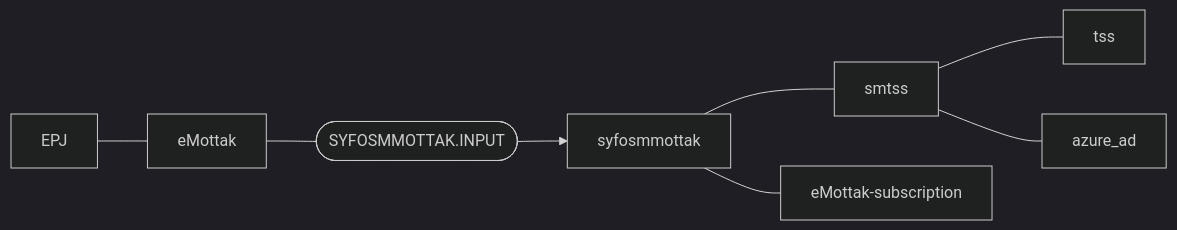
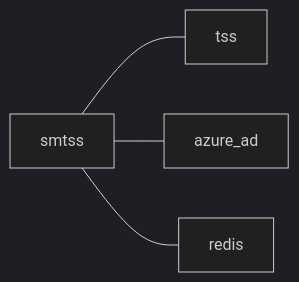
The diagram in README.md (navikt/smtss), drawn with Mermaid (dark theme) before and after one commit. The commit also changed other lines of this file, not shown here.

````diff
--- a/README.md
+++ b/README.md
@@ -31,10 +33,6 @@
 ```mermaid
   graph LR
-      EPJ --- eMottak
-      eMottak --- id1([SYFOSMMOTTAK.INPUT])
-      id1([SYFOSMMOTTAK.INPUT]) --> syfosmmottak
-      syfosmmottak --- smtss
-      syfosmmottak --- eMottak-subscription
       smtss --- tss
       smtss --- azure_ad
+      smtss --- redis
 ```
````
